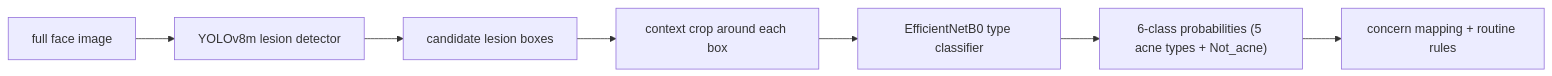
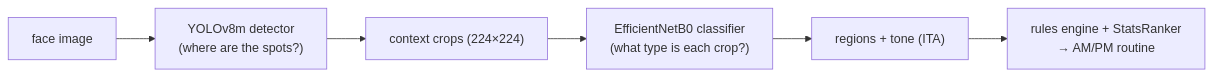
Before and after one commit to Kumario1/skinscan: the diagram in README.md, drawn with Mermaid. The commit also changed other lines of this file, not shown here.

````diff
--- a/README.md
+++ b/README.md
@@ -16,9 +11,8 @@
 ```mermaid
 flowchart LR
-    I["full face image"] --> D["YOLOv8m lesion detector"]
-    D --> B["candidate lesion boxes"]
-    B --> C["context crop around each box"]
-    C --> E["EfficientNetB0 type classifier"]
-    E --> P["6-class probabilities (5 acne types + Not_acne)"]
-    P --> R["concern mapping + routine rules"]
+    I["face image"] --> D["YOLOv8m detector<br/>(where are the spots?)"]
+    D --> C["context crops (224×224)"]
+    C --> E["EfficientNetB0 classifier<br/>(what type is each crop?)"]
+    E --> R["regions + tone (ITA)"]
+    R --> S["rules engine + StatsRanker<br/>→ AM/PM routine"]
 ```
````
